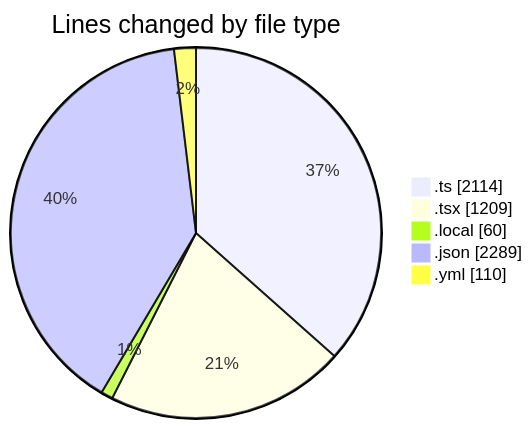
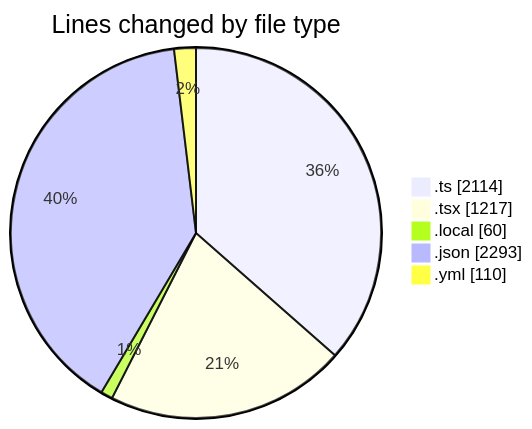
The first of 2 diagrams in 2025-11-26/eventscop-frontend-guide__workspace_/README.md (julien-gomy/code-tracking), drawn with Mermaid before and after one commit. The commit also changed other lines of this file and 1 other file, not shown here.

````diff
--- a/2025-11-26/eventscop-frontend-guide__workspace_/README.md
+++ b/2025-11-26/eventscop-frontend-guide__workspace_/README.md
@@ -38,9 +38,9 @@
 ```mermaid
 pie showData
 title Lines changed by file type
 ".ts" : 2114
-".tsx" : 1209
+".tsx" : 1217
 ".local" : 60
-".json" : 2289
+".json" : 2293
 ".yml" : 110
 ```
````
